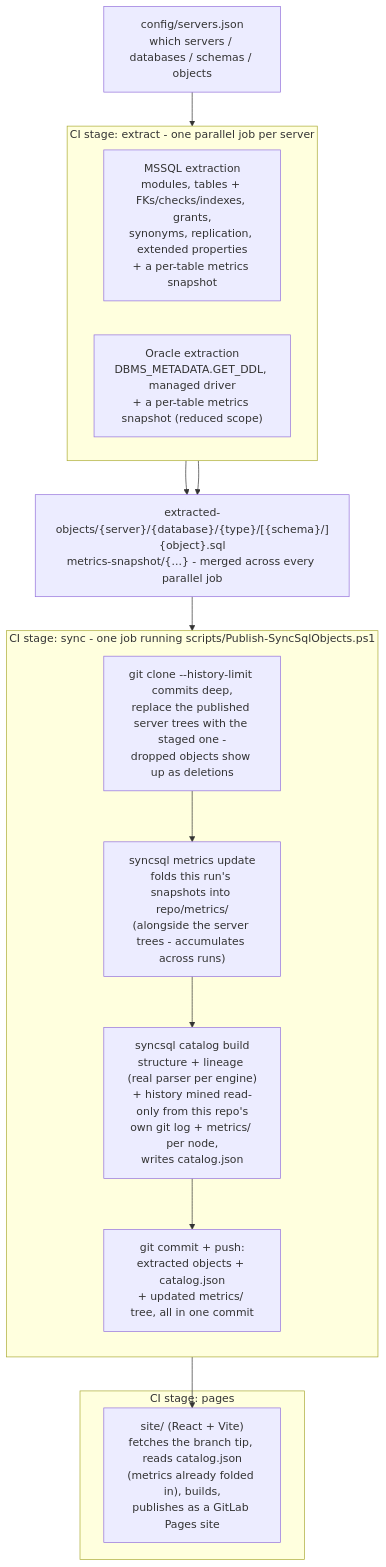
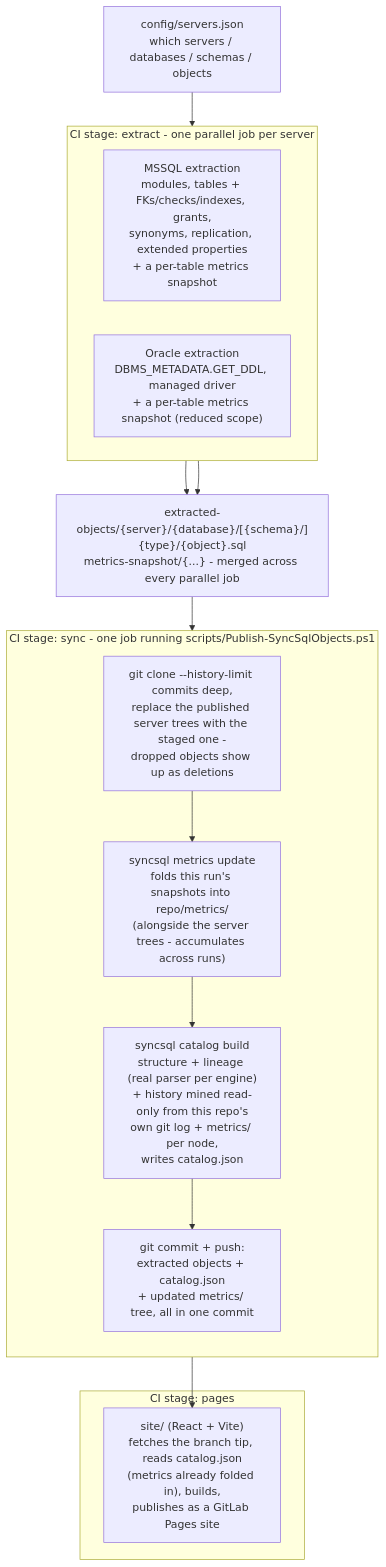
One commit to cangelosilima/SyncSQL changed the diagram in README.md. Above: the diagram before and after it, drawn with Mermaid. The commit also changed other lines of this file and 26 other files, not shown here.

Commit message:
feat: brand SQLineage and organize alerts and schema-first exports

````diff
--- a/README.md
+++ b/README.md
@@ -86,31 +89,31 @@
 ```mermaid
 flowchart TD
     config["config/servers.json<br/>which servers / databases / schemas / objects"]
 
     subgraph extract["CI stage: extract - one parallel job per server"]
         direction LR
         mssql["MSSQL extraction<br/>modules, tables + FKs/checks/indexes, grants,<br/>synonyms, replication, extended properties<br/>+ a per-table metrics snapshot"]
         oracle["Oracle extraction<br/>DBMS_METADATA.GET_DDL, managed driver<br/>+ a per-table metrics snapshot (reduced scope)"]
     end
 
-    staged["extracted-objects/{server}/{database}/{type}/[{schema}/]{object}.sql<br/>metrics-snapshot/{...} - merged across every parallel job"]
+    staged["extracted-objects/{server}/{database}/[{schema}/]{type}/{object}.sql<br/>metrics-snapshot/{...} - merged across every parallel job"]
 
     subgraph sync["CI stage: sync - one job running scripts/Publish-SyncSqlObjects.ps1"]
         direction TB
         clone["git clone --history-limit commits deep,<br/>replace the published server trees with the staged one -<br/>dropped objects show up as deletions"]
         metrics["syncsql metrics update<br/>folds this run's snapshots into repo/metrics/<br/>(alongside the server trees - accumulates across runs)"]
         catalog["syncsql catalog build<br/>structure + lineage (real parser per engine)<br/>+ history mined read-only from this repo's<br/>own git log + metrics/ per node,<br/>writes catalog.json"]
         commit["git commit + push:<br/>extracted objects + catalog.json<br/>+ updated metrics/ tree, all in one commit"]
         clone --> metrics --> catalog --> commit
     end
 
     subgraph pages["CI stage: pages"]
         site["site/ (React + Vite)<br/>fetches the branch tip, reads catalog.json<br/>(metrics already folded in), builds,<br/>publishes as a GitLab Pages site"]
     end
 
     config --> extract
     mssql --> staged
     oracle --> staged
     staged --> sync
     commit --> site
 ```
````
